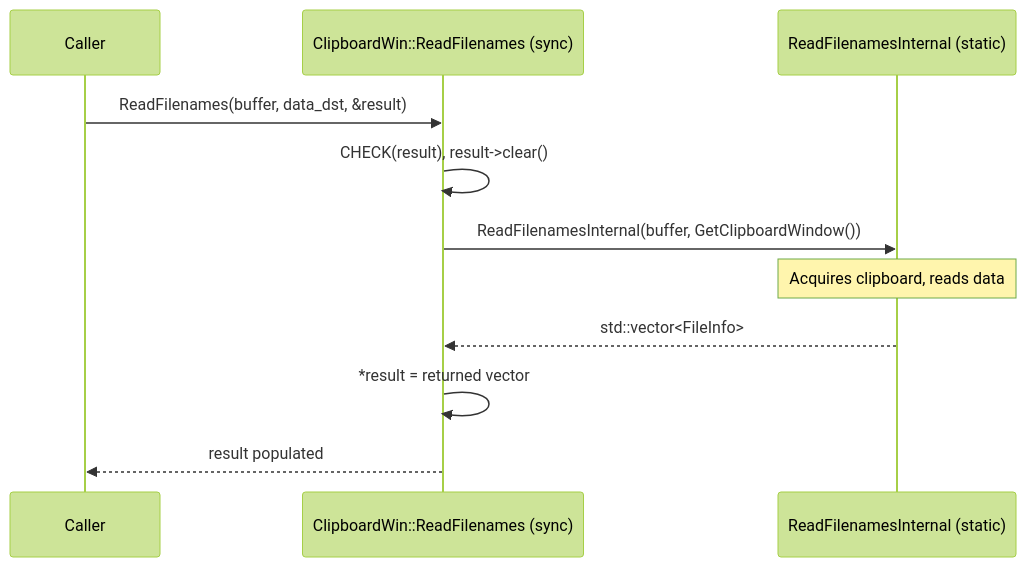
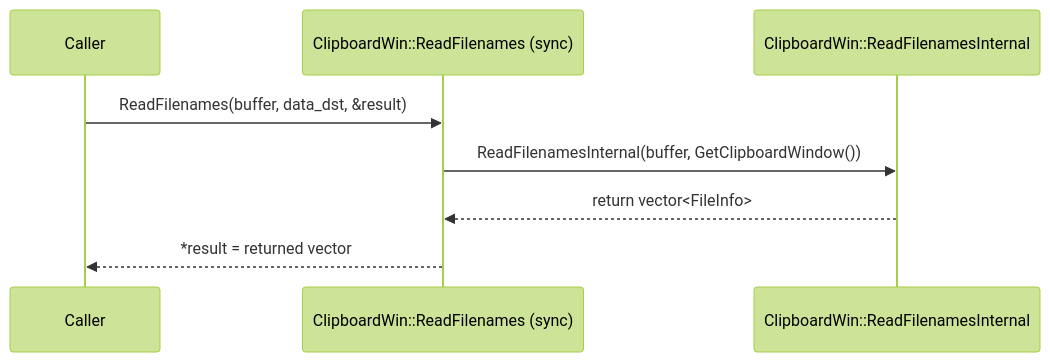
The second of 4 diagrams in fixes/cl-7556734-20260213/lld.md (roraja/cr-llm-docs), drawn with Mermaid (forest theme) before and after one commit. The commit also changed other lines of this file, not shown here.

````diff
--- a/fixes/cl-7556734-20260213/lld.md
+++ b/fixes/cl-7556734-20260213/lld.md
@@ -104,14 +91,11 @@
 ```mermaid
 sequenceDiagram
     participant Caller as Caller
     participant CW as ClipboardWin::ReadFilenames (sync)
-    participant Internal as ReadFilenamesInternal (static)
+    participant RFI as ClipboardWin::ReadFilenamesInternal
 
     Caller->>CW: ReadFilenames(buffer, data_dst, &result)
-    CW->>CW: CHECK(result), result->clear()
-    CW->>Internal: ReadFilenamesInternal(buffer, GetClipboardWindow())
-    Note over Internal: Acquires clipboard, reads data
-    Internal-->>CW: std::vector<FileInfo>
-    CW->>CW: *result = returned vector
-    CW-->>Caller: result populated
+    CW->>RFI: ReadFilenamesInternal(buffer, GetClipboardWindow())
+    RFI-->>CW: return vector<FileInfo>
+    CW-->>Caller: *result = returned vector
 ```
````
